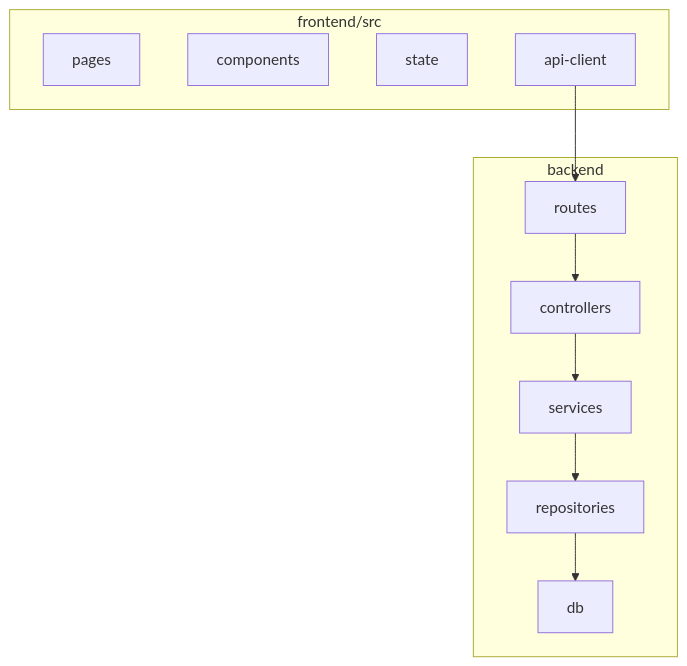
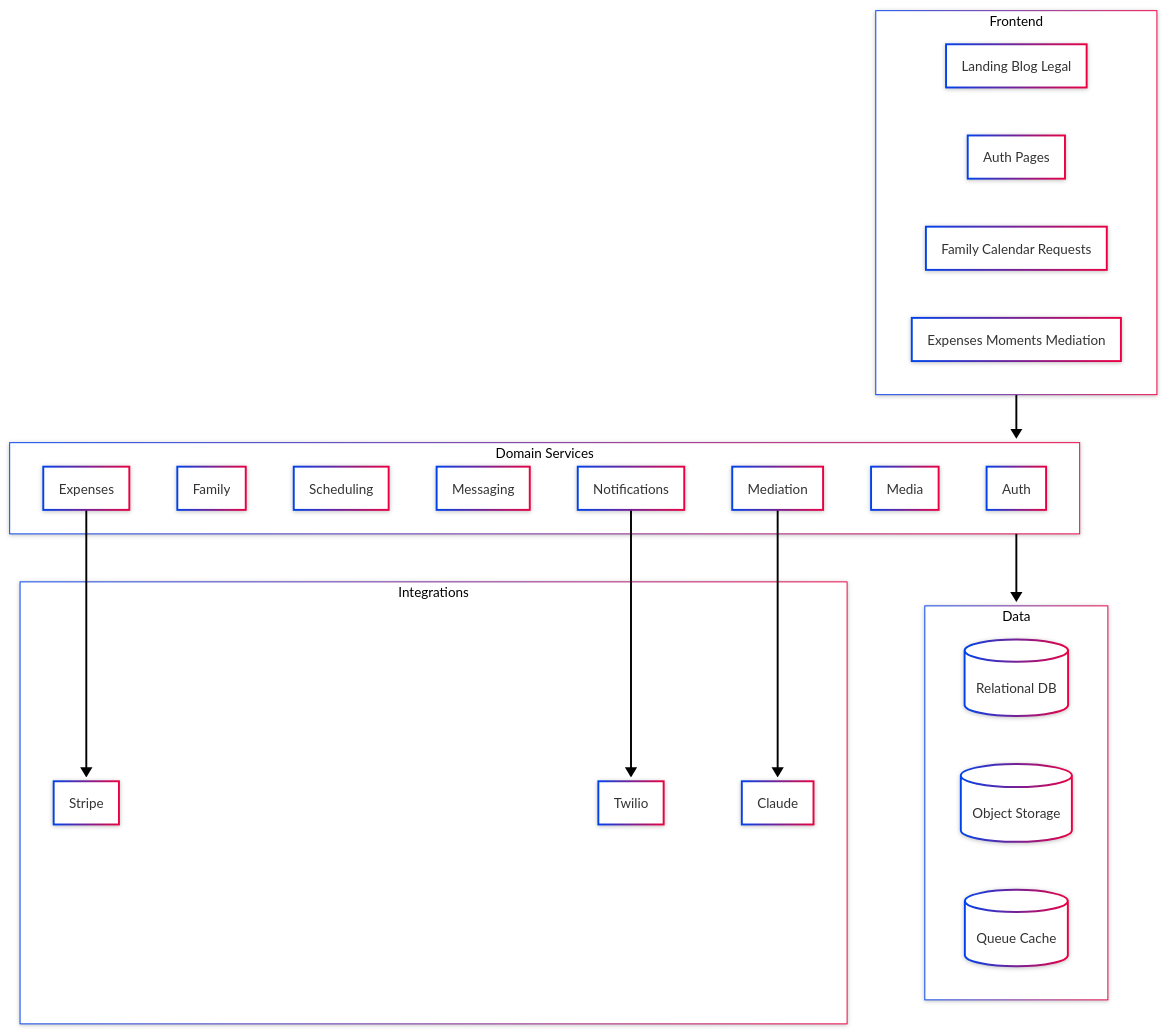
One commit to Kapum357/KidSchedule changed the fifth of 6 diagrams in README.md. Above: the diagram before and after it, drawn with Mermaid. The commit also changed other lines of this file and 25 other files, not shown here.

````diff
--- a/README.md
+++ b/README.md
@@ -238,20 +302,43 @@
 ```mermaid
+---
+config:
+  look: neo
+  theme: neo
+---
 flowchart
-		subgraph Frontend[frontend/src]
-			FE1[pages]
-			FE2[components]
-			FE3[state]
-			FE4[api-client]
-		end
+subgraph FE[Frontend]
+  P1[Landing Blog Legal]
+  P2[Auth Pages]
+  P3[Family Calendar Requests]
+  P4[Expenses Moments Mediation]
+end
 
-		subgraph Backend[backend]
-			BE1[routes]
-			BE2[controllers]
-			BE3[services]
-			BE4[repositories]
-			BE5[db]
-		end
+subgraph BE[Domain Services]
+  S1[Auth]
+  S2[Family]
+  S3[Scheduling]
+  S4[Messaging]
+  S5[Expenses]
+  S6[Mediation]
+  S7[Media]
+  S8[Notifications]
+end
 
-		FE4 --> BE1
-		BE1 --> BE2 --> BE3 --> BE4 --> BE5
+subgraph DATA[Data]
+  D1[(Relational DB)]
+  D2[(Object Storage)]
+  D3[(Queue Cache)]
+end
+
+subgraph EXT[Integrations]
+  E1[Stripe]
+  E2[Twilio]
+  E3[Claude]
+end
+
+FE --> BE
+BE --> DATA
+S5 --> E1
+S8 --> E2
+S6 --> E3
 ```
````
